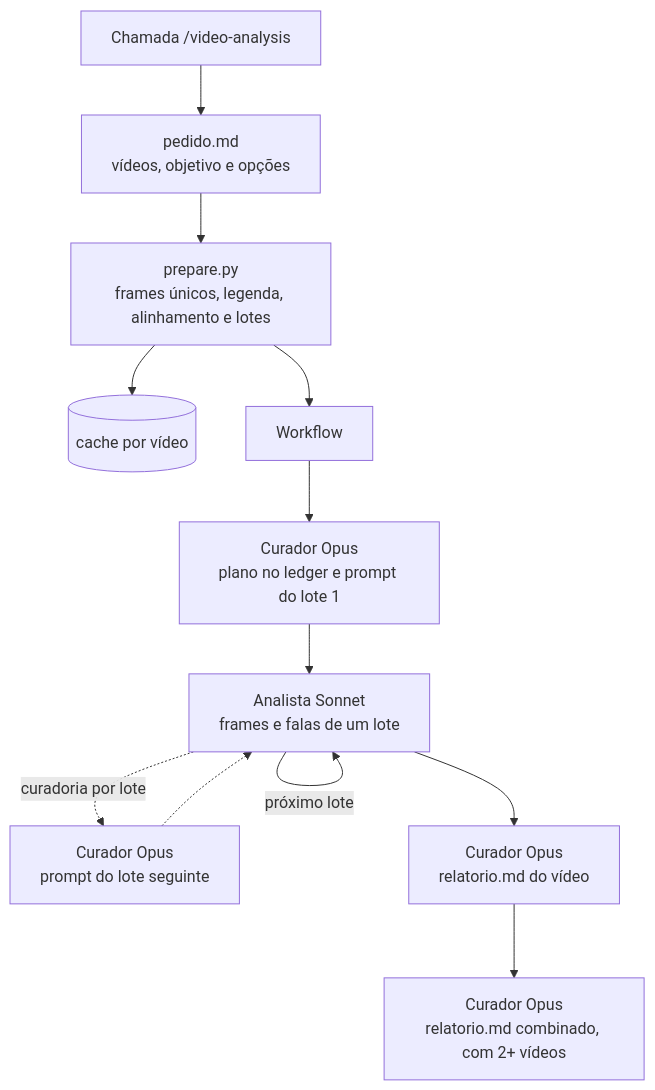
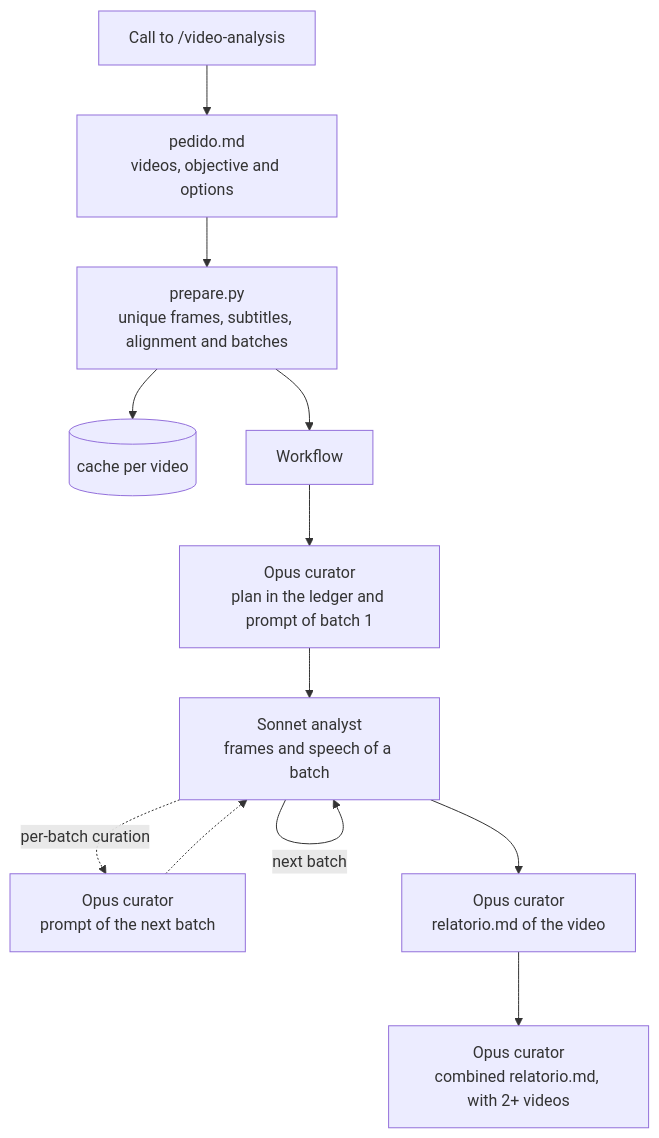
Before and after one commit to rmmaf/video-analysis-skill: the diagram in README.md, drawn with Mermaid. The commit also changed other lines of this file and 34 other files, not shown here.

````diff
--- a/README.md
+++ b/README.md
@@ -37,14 +41,14 @@
 ```mermaid
 flowchart TD
-    A["Chamada /video-analysis"] --> B["pedido.md<br/>vídeos, objetivo e opções"]
-    B --> C["prepare.py<br/>frames únicos, legenda, alinhamento e lotes"]
-    C --> D[("cache por vídeo")]
+    A["Call to /video-analysis"] --> B["pedido.md<br/>videos, objective and options"]
+    B --> C["prepare.py<br/>unique frames, subtitles, alignment and batches"]
+    C --> D[("cache per video")]
     C --> E["Workflow"]
-    E --> F["Curador Opus<br/>plano no ledger e prompt do lote 1"]
-    F --> G["Analista Sonnet<br/>frames e falas de um lote"]
-    G -->|"próximo lote"| G
-    G -.->|"curadoria por lote"| H["Curador Opus<br/>prompt do lote seguinte"]
+    E --> F["Opus curator<br/>plan in the ledger and prompt of batch 1"]
+    F --> G["Sonnet analyst<br/>frames and speech of a batch"]
+    G -->|"next batch"| G
+    G -.->|"per-batch curation"| H["Opus curator<br/>prompt of the next batch"]
     H -.-> G
-    G --> I["Curador Opus<br/>relatorio.md do vídeo"]
-    I --> J["Curador Opus<br/>relatorio.md combinado, com 2+ vídeos"]
+    G --> I["Opus curator<br/>relatorio.md of the video"]
+    I --> J["Opus curator<br/>combined relatorio.md, with 2+ videos"]
 ```
````
